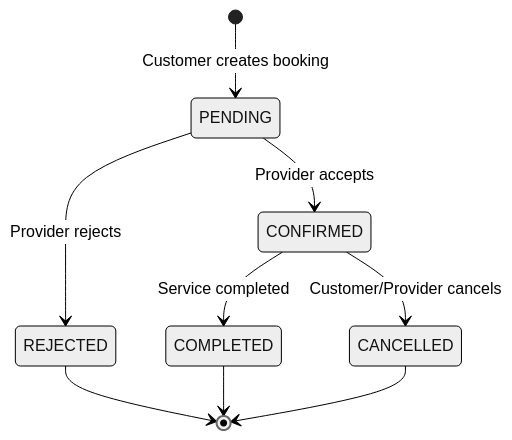
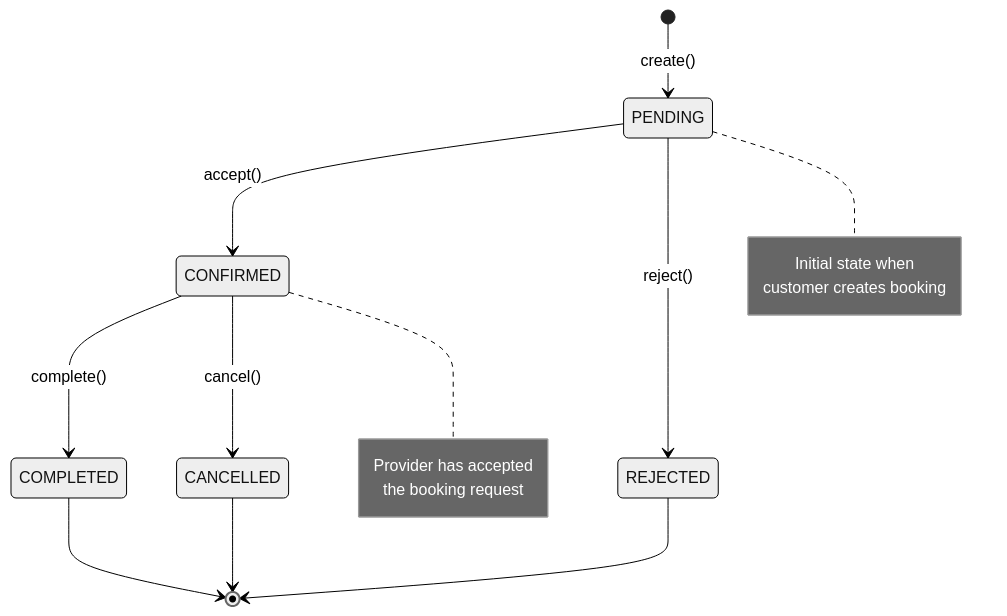
One commit to botvecna47/MH26-Services changed diagram 25 of 28 in docs/UML_DIAGRAMS.md. Above: the diagram before and after it, drawn with Mermaid (neutral theme). The commit also changed other lines of this file, not shown here.

Commit message:
Standardize all simplified UML diagrams with proper Mermaid syntax: add multiplicities, improve object diagram notation, enhance sequence diagram with activation boxes, and add notes to state diagram

````diff
--- a/docs/UML_DIAGRAMS.md
+++ b/docs/UML_DIAGRAMS.md
@@ -1653,11 +1665,21 @@
 ```mermaid
 stateDiagram-v2
-    [*] --> PENDING: Customer creates booking
-    PENDING --> CONFIRMED: Provider accepts
-    PENDING --> REJECTED: Provider rejects
-    CONFIRMED --> COMPLETED: Service completed
-    CONFIRMED --> CANCELLED: Customer/Provider cancels
+    [*] --> PENDING: create()
+    PENDING --> CONFIRMED: accept()
+    PENDING --> REJECTED: reject()
+    CONFIRMED --> COMPLETED: complete()
+    CONFIRMED --> CANCELLED: cancel()
     REJECTED --> [*]
     COMPLETED --> [*]
     CANCELLED --> [*]
+    
+    note right of PENDING
+        Initial state when
+        customer creates booking
+    end note
+    
+    note right of CONFIRMED
+        Provider has accepted
+        the booking request
+    end note
 ```
````
